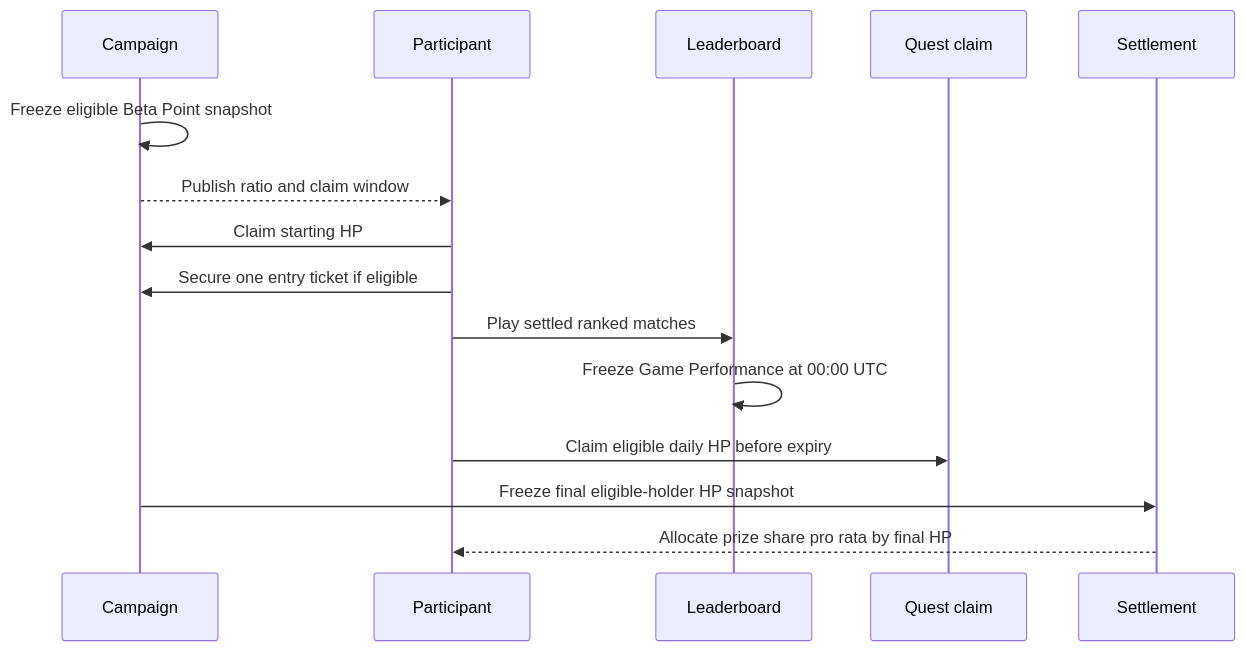
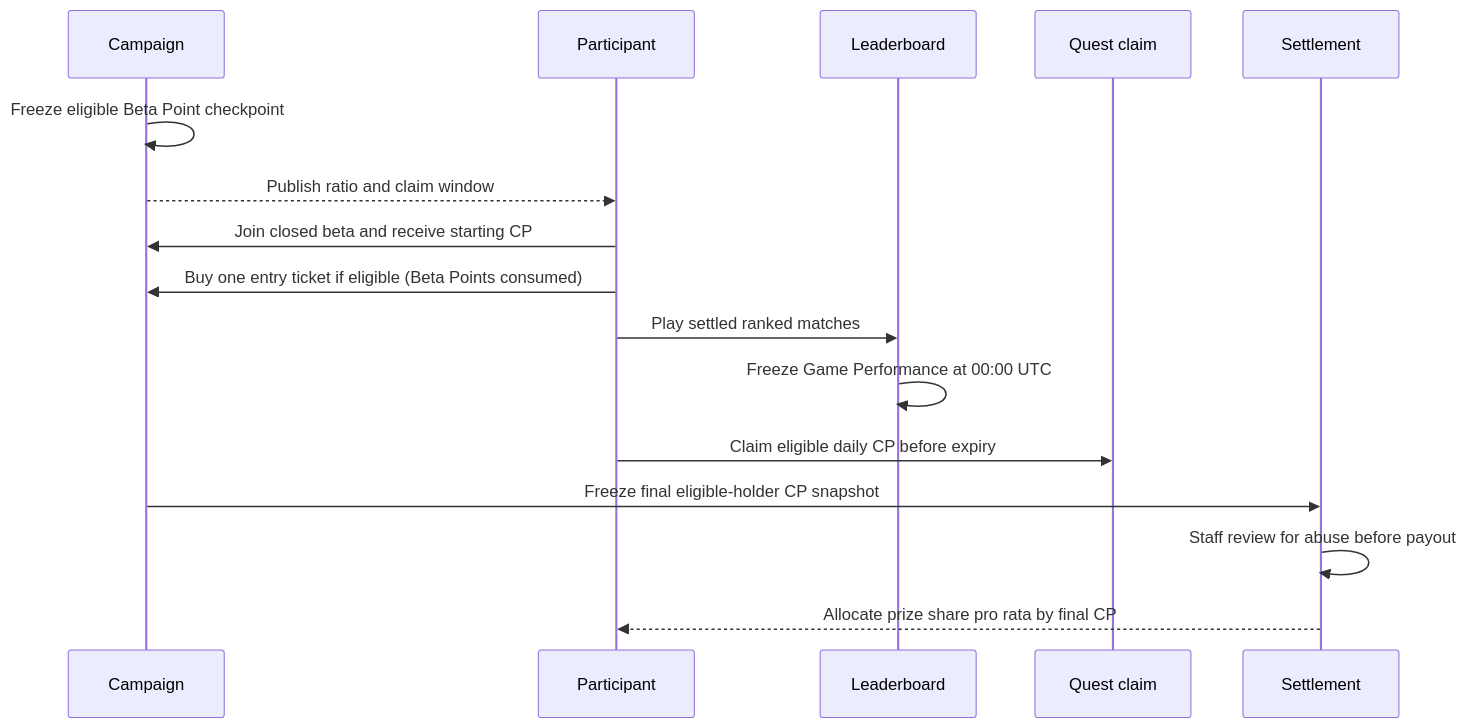
Before and after one commit to aiclawarena/ai-clawarena-public: the second of 2 diagrams in docs/closed-beta-economics.md, drawn with Mermaid. The commit also changed other lines of this file and 22 other files, not shown here.

First line of the commit message:
docs: closed beta 1 — CP naming, ended waitlist, ticket sale, quest structure

````diff
--- a/docs/closed-beta-economics.md
+++ b/docs/closed-beta-economics.md
@@ -140,18 +236,19 @@
 ```mermaid
 sequenceDiagram
     participant C as Campaign
     participant U as Participant
     participant L as Leaderboard
     participant Q as Quest claim
     participant S as Settlement
 
-    C->>C: Freeze eligible Beta Point snapshot
+    C->>C: Freeze eligible Beta Point checkpoint
     C-->>U: Publish ratio and claim window
-    U->>C: Claim starting HP
-    U->>C: Secure one entry ticket if eligible
+    U->>C: Join closed beta and receive starting CP
+    U->>C: Buy one entry ticket if eligible (Beta Points consumed)
     U->>L: Play settled ranked matches
     L->>L: Freeze Game Performance at 00:00 UTC
-    U->>Q: Claim eligible daily HP before expiry
-    C->>S: Freeze final eligible-holder HP snapshot
-    S-->>U: Allocate prize share pro rata by final HP
+    U->>Q: Claim eligible daily CP before expiry
+    C->>S: Freeze final eligible-holder CP snapshot
+    S->>S: Staff review for abuse before payout
+    S-->>U: Allocate prize share pro rata by final CP
 ```
````
